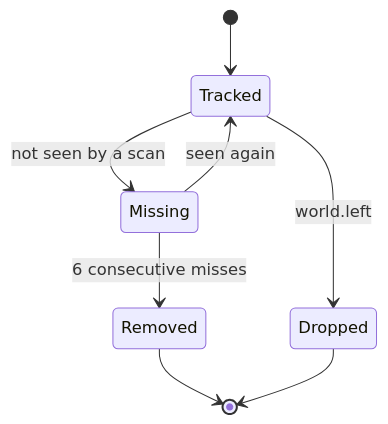
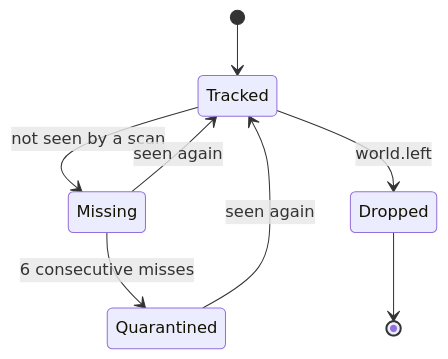
The third of 3 diagrams in docs/content/docs/api/building.ja.mdx (dr-mikan/PalForge), drawn with Mermaid before and after one commit. The commit also changed other lines of this file and 76 other files, not shown here.

````diff
--- a/docs/content/docs/api/building.ja.mdx
+++ b/docs/content/docs/api/building.ja.mdx
@@ -572,10 +578,10 @@
 ```mermaid
 stateDiagram-v2
   [*] --> Tracked
   Tracked --> Missing: not seen by a scan
   Missing --> Tracked: seen again
-  Missing --> Removed: 6 consecutive misses
+  Missing --> Quarantined: 6 consecutive misses
+  Quarantined --> Tracked: seen again
   Tracked --> Dropped: world.left
-  Removed --> [*]
   Dropped --> [*]
 ```
````
